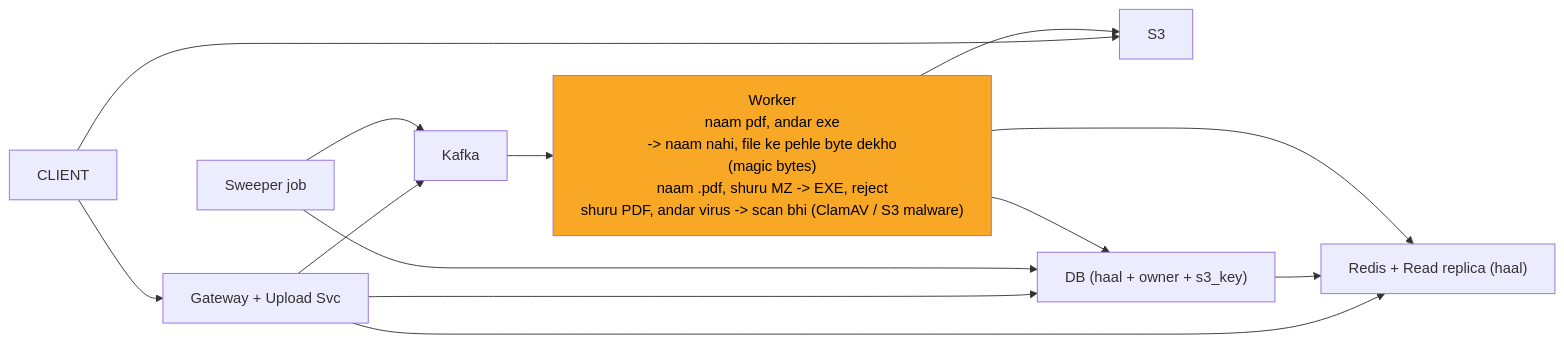
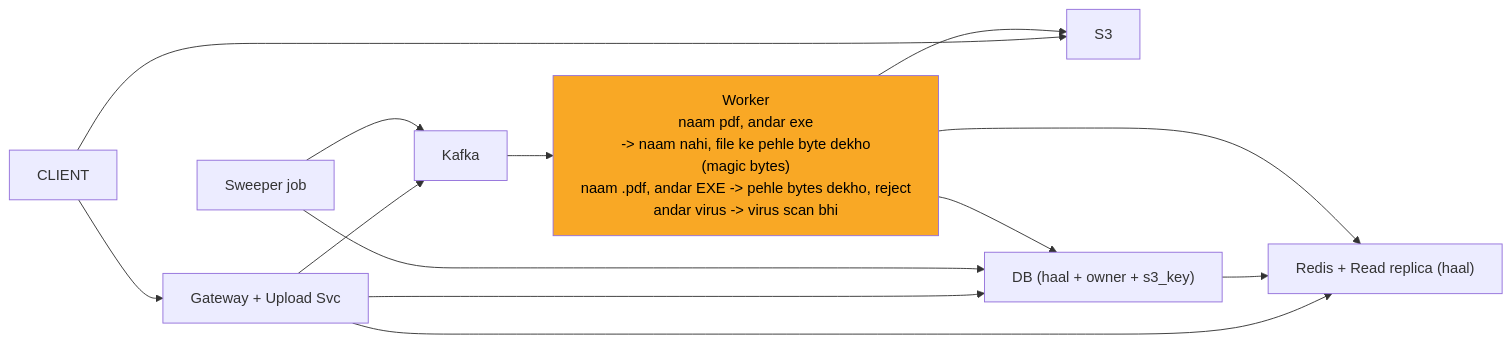
One commit to ArpanMaheshwari144/Prep changed the tenth of 11 diagrams in 04_HLD/SYSTEM_DESIGNS/07_file_upload_validate_system/07_file_upload_INTERVIEW.md. Above: the diagram before and after it, drawn with Mermaid. The commit also changed other lines of this file and 13 other files, not shown here.

````diff
--- a/04_HLD/SYSTEM_DESIGNS/07_file_upload_validate_system/07_file_upload_INTERVIEW.md
+++ b/04_HLD/SYSTEM_DESIGNS/07_file_upload_validate_system/07_file_upload_INTERVIEW.md
@@ -432,25 +432,25 @@
 ```mermaid
 %%{init: {"flowchart": {"wrappingWidth": 450}}}%%
 flowchart LR
     n_CLIENT["CLIENT"]
     n_S3["S3"]
     n_GU["Gateway + Upload Svc"]
     n_RC["Redis + Read replica (haal)"]
     n_DB["DB (haal + owner + s3_key)"]
     n_Sweeper_job["Sweeper job"]
     n_Kafka["Kafka"]
-    n_Worker["Worker<br/>naam pdf, andar exe<br/>-> naam nahi, file ke pehle byte dekho<br/>(magic bytes)<br/>naam .pdf, shuru MZ -> EXE, reject<br/>shuru PDF, andar virus -> scan bhi (ClamAV / S3 malware)"]
+    n_Worker["Worker<br/>naam pdf, andar exe<br/>-> naam nahi, file ke pehle byte dekho<br/>(magic bytes)<br/>naam .pdf, andar EXE -> pehle bytes dekho, reject<br/>andar virus -> virus scan bhi"]
     n_CLIENT --> n_S3
     n_CLIENT --> n_GU
     n_GU --> n_RC
     n_GU --> n_DB
     n_DB --> n_RC
     n_GU --> n_Kafka
     n_Sweeper_job --> n_DB
     n_Sweeper_job --> n_Kafka
     n_Kafka --> n_Worker
     n_Worker --> n_DB
     n_Worker --> n_RC
     n_Worker --> n_S3
     style n_Worker fill:#f9a825,color:#000
 ```
````
